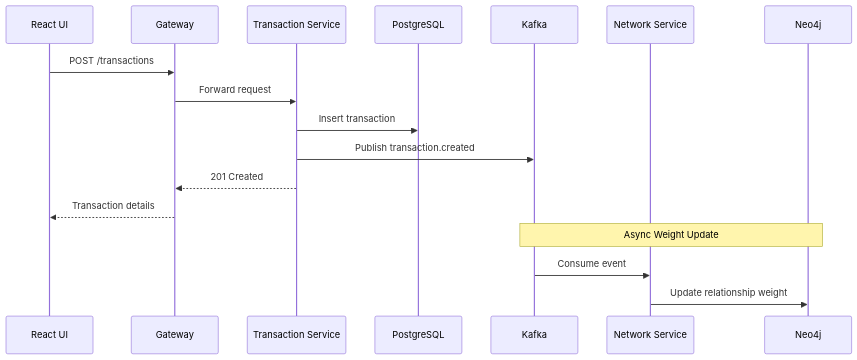
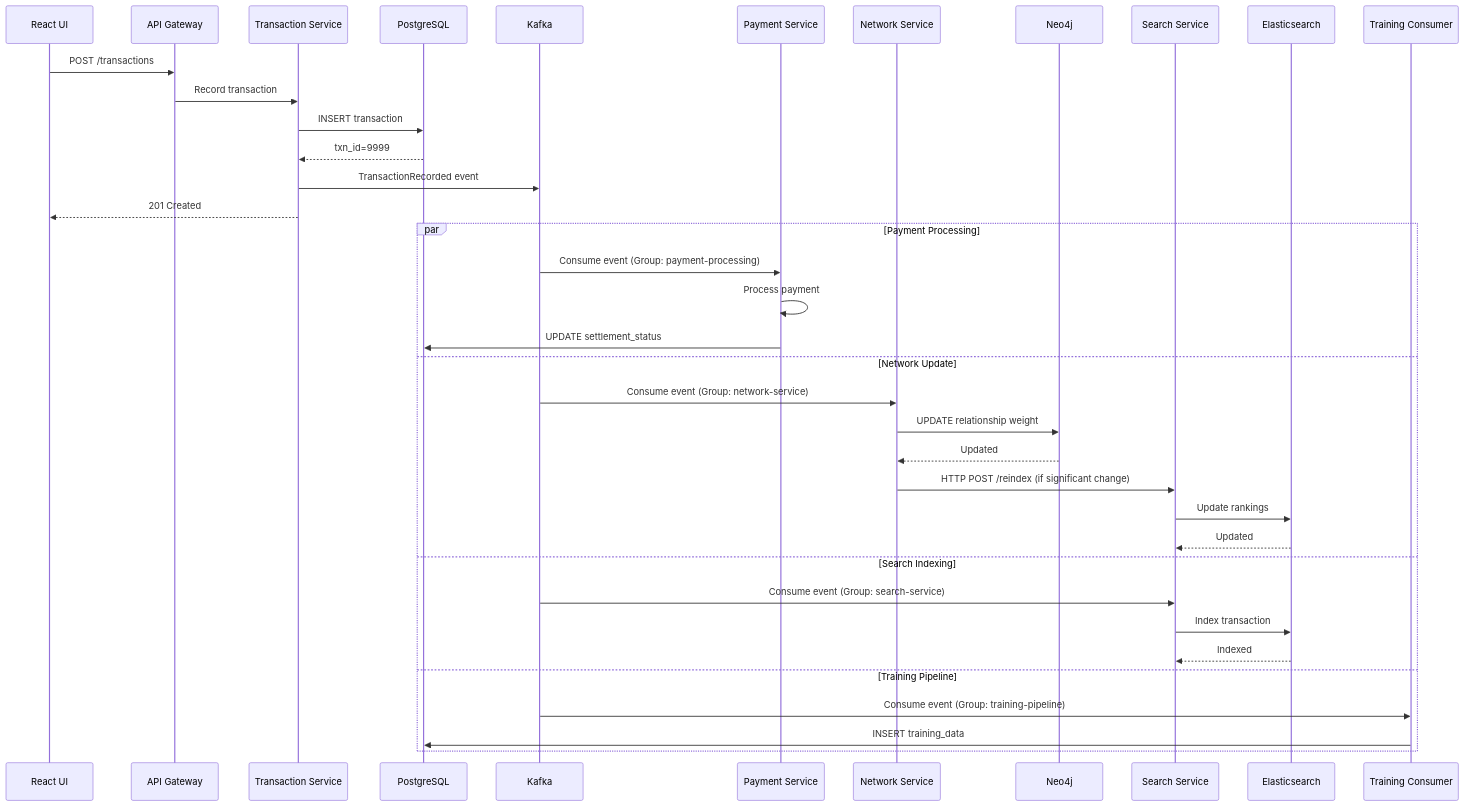
One commit to neerazz/quickbooks-business-network-interview changed the fourth of 6 diagrams in docs/architecture/data-flow.md. Above: the diagram before and after it, drawn with Mermaid. The commit also changed other lines of this file and 3 other files, not shown here.

````diff
--- a/docs/architecture/data-flow.md
+++ b/docs/architecture/data-flow.md
@@ -101,21 +261,41 @@
 ```mermaid
 sequenceDiagram
     participant UI as React UI
-    participant GW as Gateway
+    participant GW as API Gateway
     participant TS as Transaction Service
     participant PG as PostgreSQL
     participant KAFKA as Kafka
+    participant PS as Payment Service
     participant NS as Network Service
     participant NEO as Neo4j
-    
+    participant SS as Search Service
+    participant ES as Elasticsearch
+    participant TC as Training Consumer
+
     UI->>GW: POST /transactions
-    GW->>TS: Forward request
-    TS->>PG: Insert transaction
-    TS->>KAFKA: Publish transaction.created
-    TS-->>GW: 201 Created
-    GW-->>UI: Transaction details
-    
-    Note over KAFKA,NEO: Async Weight Update
-    KAFKA->>NS: Consume event
-    NS->>NEO: Update relationship weight
+    GW->>TS: Record transaction
+    TS->>PG: INSERT transaction
+    PG-->>TS: txn_id=9999
+    TS->>KAFKA: TransactionRecorded event
+    TS-->>UI: 201 Created
+
+    par Payment Processing
+        KAFKA->>PS: Consume event (Group: payment-processing)
+        PS->>PS: Process payment
+        PS->>PG: UPDATE settlement_status
+    and Network Update
+        KAFKA->>NS: Consume event (Group: network-service)
+        NS->>NEO: UPDATE relationship weight
+        NEO-->>NS: Updated
+        NS->>SS: HTTP POST /reindex (if significant change)
+        SS->>ES: Update rankings
+        ES-->>SS: Updated
+    and Search Indexing
+        KAFKA->>SS: Consume event (Group: search-service)
+        SS->>ES: Index transaction
+        ES-->>SS: Indexed
+    and Training Pipeline
+        KAFKA->>TC: Consume event (Group: training-pipeline)
+        TC->>PG: INSERT training_data
+    end
 ```
````
